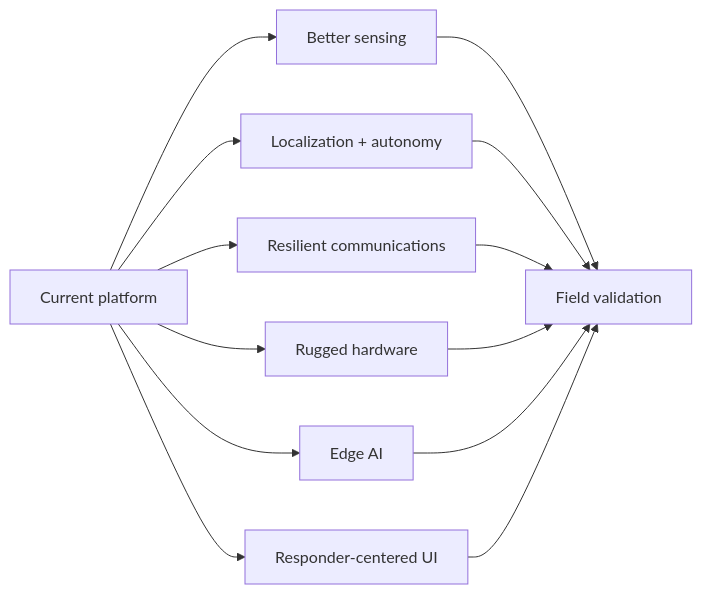
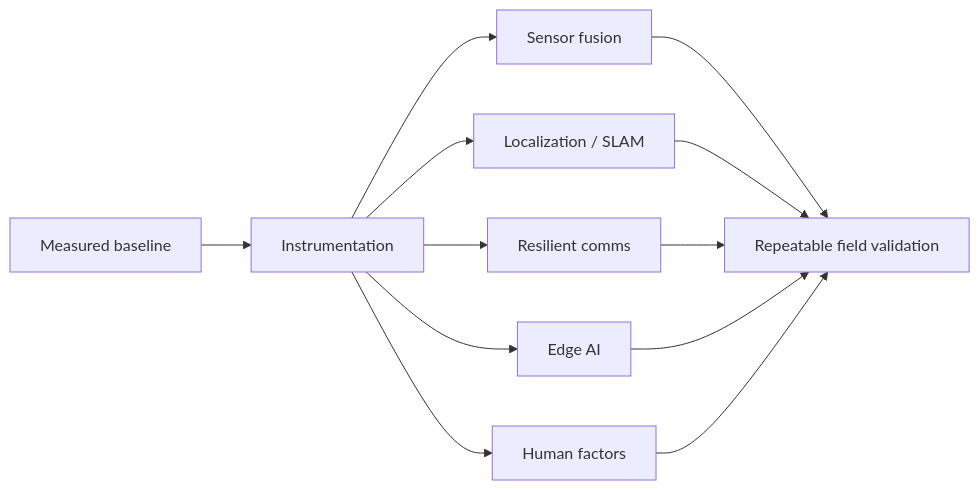
One commit to william-thompsonthe1st/STEM-Research-Academy changed diagram 12 of 12 in README.md. Above: the diagram before and after it, drawn with Mermaid. The commit also changed other lines of this file, not shown here.

````diff
--- a/README.md
+++ b/README.md
@@ -333,15 +537,14 @@
 ```mermaid
 flowchart LR
-    NOW["Current platform"] --> SENSE["Better sensing"]
-    NOW --> NAV["Localization + autonomy"]
-    NOW --> NET["Resilient communications"]
-    NOW --> ROBUST["Rugged hardware"]
-    NOW --> AI["Edge AI"]
-    NOW --> HUMAN["Responder-centered UI"]
-    SENSE --> FIELD["Field validation"]
+    NOW["Measured baseline"] --> INST["Instrumentation"]
+    INST --> SENSE["Sensor fusion"]
+    INST --> NAV["Localization / SLAM"]
+    INST --> NET["Resilient comms"]
+    INST --> AI["Edge AI"]
+    INST --> HUMAN["Human factors"]
+    SENSE --> FIELD["Repeatable field validation"]
     NAV --> FIELD
     NET --> FIELD
-    ROBUST --> FIELD
     AI --> FIELD
     HUMAN --> FIELD
 ```
````
